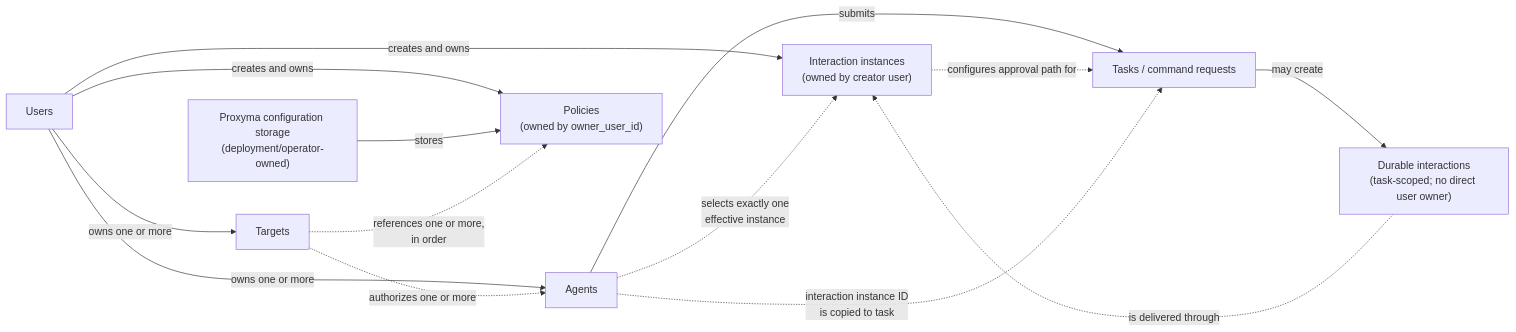
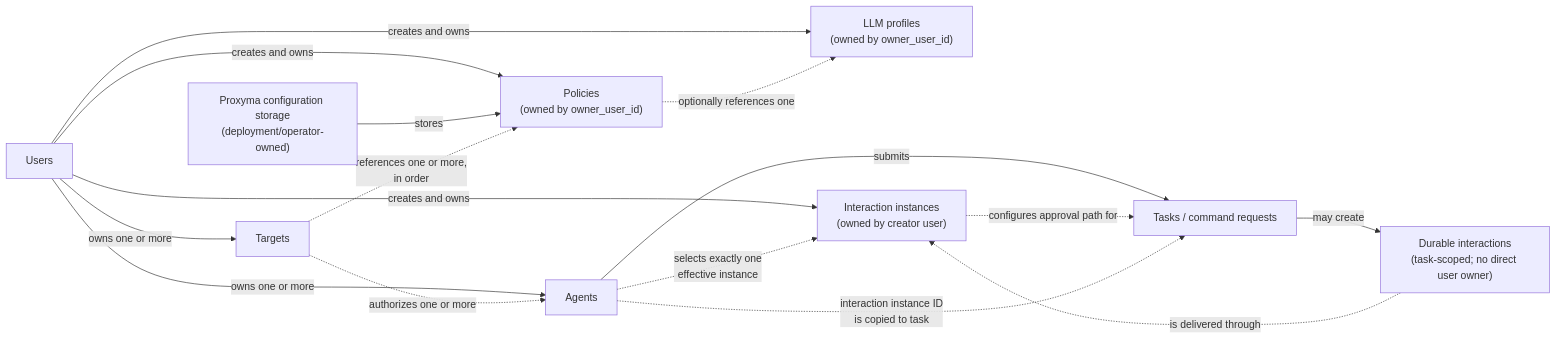
The first of 2 diagrams in docs/entity-dependencies.md (ascemama/proxyma), drawn with Mermaid before and after one commit. The commit also changed other lines of this file and 43 other files, not shown here.

````diff
--- a/docs/entity-dependencies.md
+++ b/docs/entity-dependencies.md
@@ -17,27 +17,30 @@
 ```mermaid
 flowchart LR
     Users["Users"]
     Agents["Agents"]
     Targets["Targets"]
     Policies["Policies<br/>(owned by owner_user_id)"]
+    LLMProfiles["LLM profiles<br/>(owned by owner_user_id)"]
     Instances["Interaction instances<br/>(owned by creator user)"]
     Tasks["Tasks / command requests"]
     Interactions["Durable interactions<br/>(task-scoped; no direct user owner)"]
     Config["Proxyma configuration storage<br/>(deployment/operator-owned)"]
 
     Users -->|"owns one or more"| Agents
     Users -->|"owns one or more"| Targets
     Users -->|"creates and owns"| Instances
     Users -->|"creates and owns"| Policies
+    Users -->|"creates and owns"| LLMProfiles
     Config -->|"stores"| Policies
 
     Targets -.->|"authorizes one or more"| Agents
     Targets -.->|"references one or more,<br/>in order"| Policies
     Agents -.->|"selects exactly one<br/>effective instance"| Instances
 
     Agents -->|"submits"| Tasks
     Instances -.->|"configures approval path for"| Tasks
     Tasks -->|"may create"| Interactions
+    Policies -.->|"optionally references one"| LLMProfiles
     Agents -.->|"interaction instance ID<br/>is copied to task"| Tasks
     Interactions -.->|"is delivered through"| Instances
 ```
````
